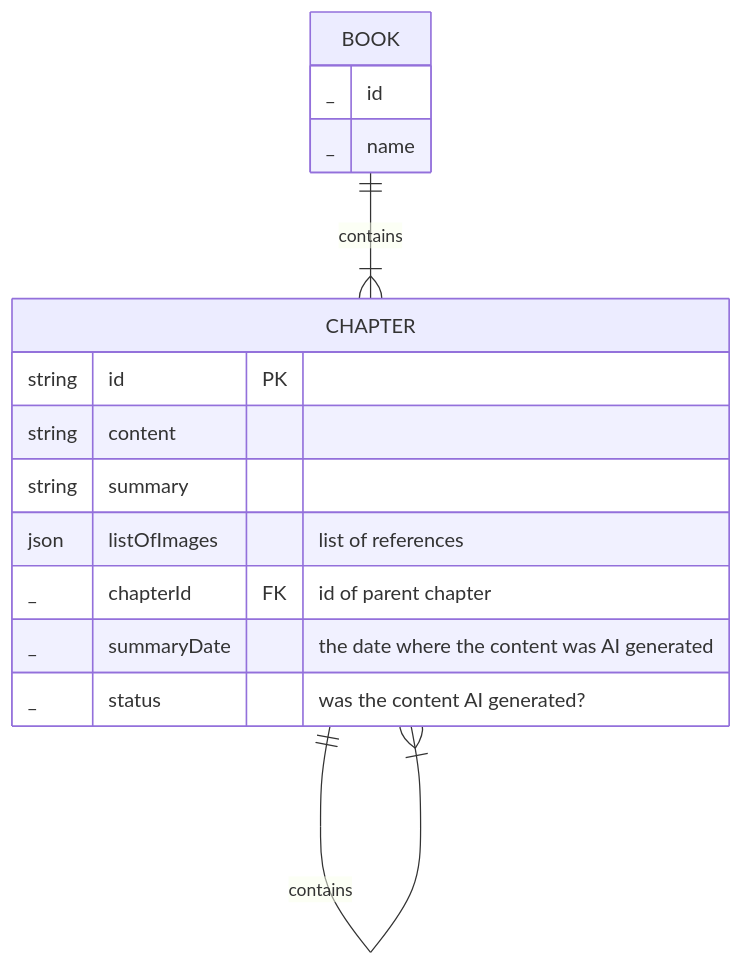
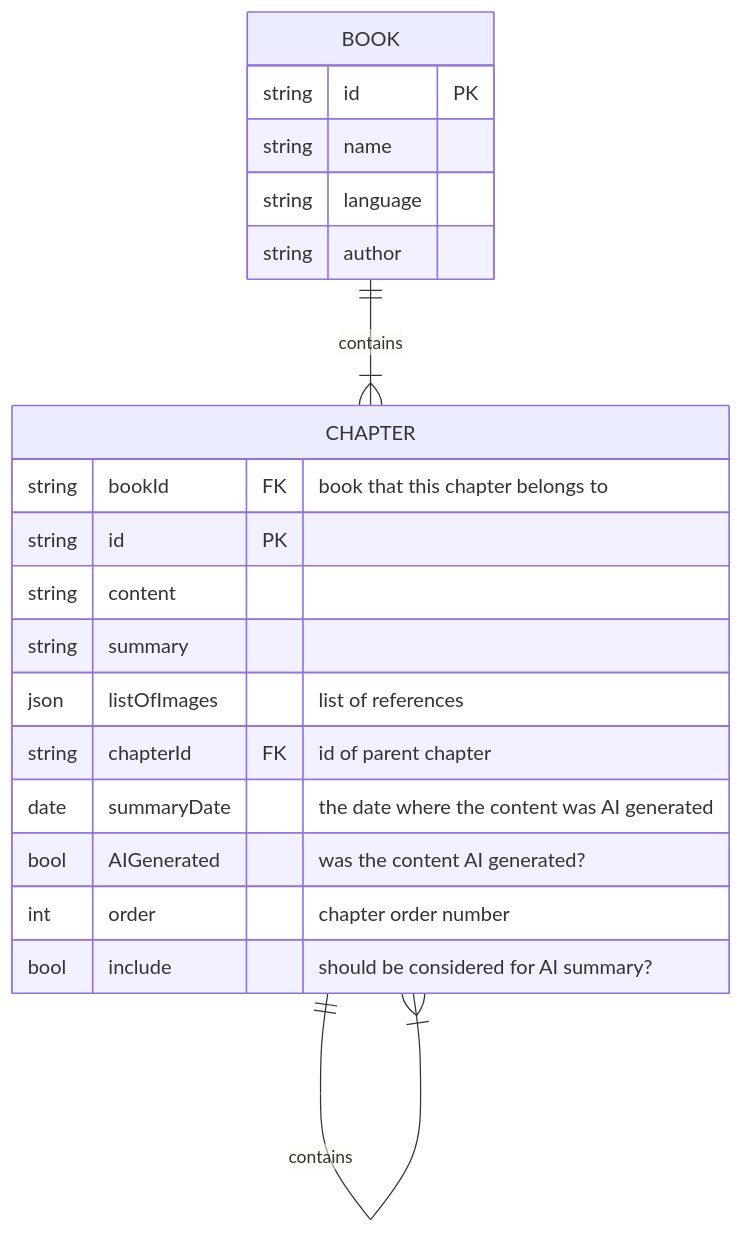
The diagram in extractor/ERD.md (josueelias9/AI-epub-summarizer), drawn with Mermaid before and after one commit. The commit also changed 13 other files, not shown here.

First line of the commit message:
refactor: Refactor EPUB extraction and summarization use cases to align with Clean Architecture principles

````diff
--- a/extractor/ERD.md
+++ b/extractor/ERD.md
@@ -1,19 +1,24 @@
 ```mermaid
 erDiagram
     BOOK {
-        _ id
-        _ name
+        string id PK
+        string name
+        string language
+        string author
     }
     CHAPTER {
+        string bookId FK "book that this chapter belongs to"
         string id PK
         string content
         string summary
         json listOfImages "list of references"
-        _ chapterId FK "id of parent chapter"
-        _ summaryDate "the date where the content was AI generated"
-        _ status "was the content AI generated?"
+        string chapterId FK "id of parent chapter"
+        date summaryDate "the date where the content was AI generated"
+        bool AIGenerated "was the content AI generated?"
+        int order "chapter order number"
+        bool include "should be considered for AI summary?"
     }
     BOOK ||--|{ CHAPTER : contains
     CHAPTER ||--|{ CHAPTER : contains
 
 ```
````
